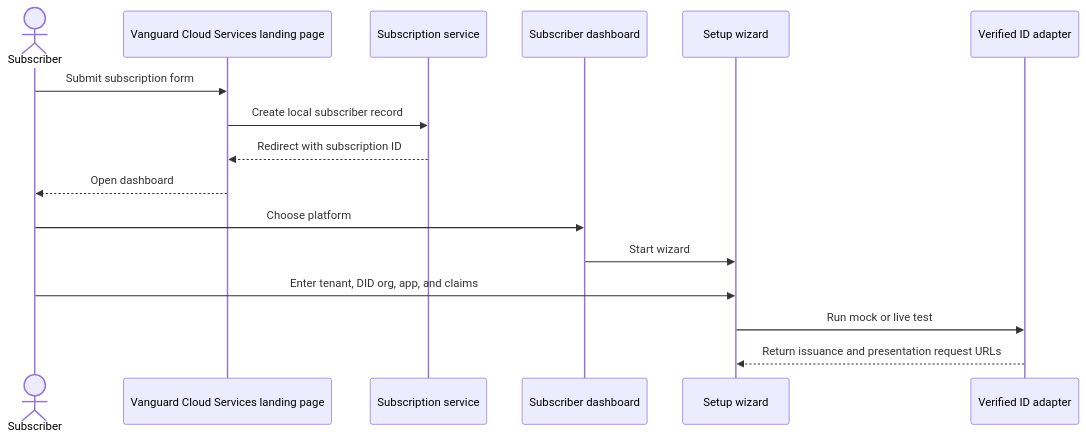
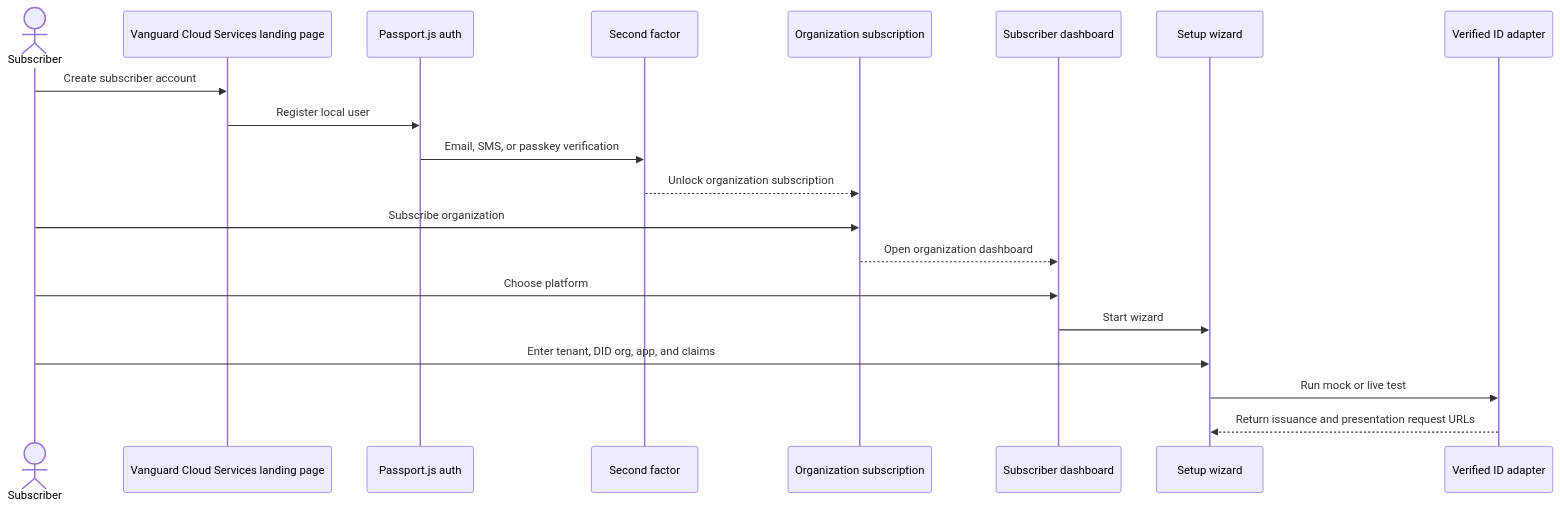
Before and after one commit to Cloudstrucc/aegis-id: the second of 5 diagrams in docs/vanguard-aegis-id-operator-guide.md, drawn with Mermaid. The commit also changed other lines of this file and 34 other files, not shown here.

````diff
--- a/docs/vanguard-aegis-id-operator-guide.md
+++ b/docs/vanguard-aegis-id-operator-guide.md
@@ -169,19 +169,23 @@
 ```mermaid
 sequenceDiagram
     actor User as Subscriber
     participant Home as Vanguard Cloud Services landing page
-    participant Sub as Subscription service
+    participant Auth as Passport.js auth
+    participant MFA as Second factor
+    participant Sub as Organization subscription
     participant Dash as Subscriber dashboard
     participant Wiz as Setup wizard
     participant VID as Verified ID adapter
 
-    User->>Home: Submit subscription form
-    Home->>Sub: Create local subscriber record
-    Sub-->>Home: Redirect with subscription ID
-    Home-->>User: Open dashboard
+    User->>Home: Create subscriber account
+    Home->>Auth: Register local user
+    Auth->>MFA: Email, SMS, or passkey verification
+    MFA-->>Sub: Unlock organization subscription
+    User->>Sub: Subscribe organization
+    Sub-->>Dash: Open organization dashboard
     User->>Dash: Choose platform
     Dash->>Wiz: Start wizard
     User->>Wiz: Enter tenant, DID org, app, and claims
     Wiz->>VID: Run mock or live test
     VID-->>Wiz: Return issuance and presentation request URLs
 ```
````
